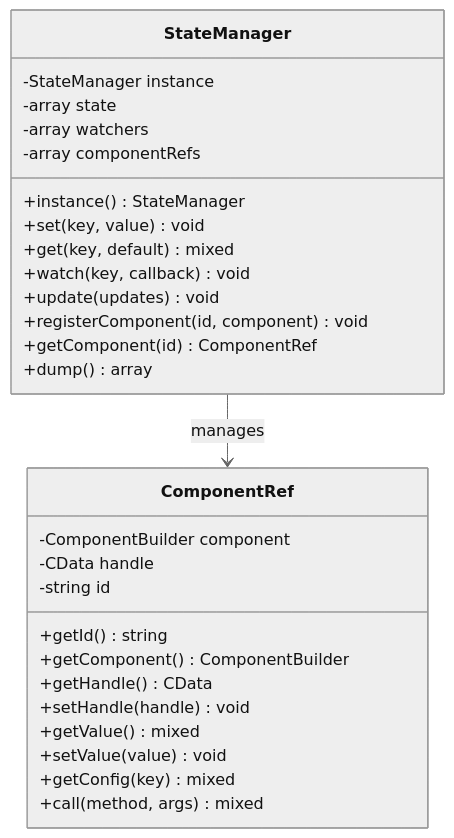
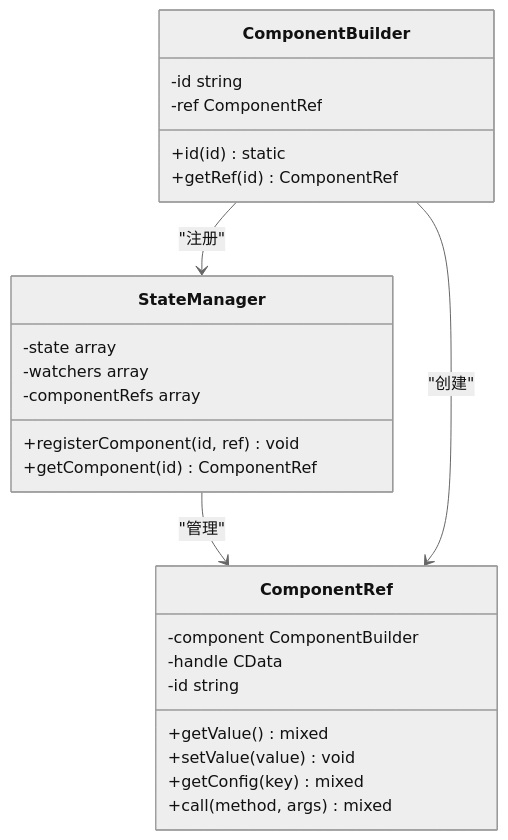
One commit to yangweijie/libuiBuilder changed the fifth of 5 diagrams in .qoder/repowiki/zh/content/核心概念/核心概念.md. Above: the diagram before and after it, drawn with Mermaid (neutral theme). The commit also changed other lines of this file and 126 other files, not shown here.

````diff
--- a/.qoder/repowiki/zh/content/核心概念/核心概念.md
+++ b/.qoder/repowiki/zh/content/核心概念/核心概念.md
@@ -331,31 +184,28 @@
 ```mermaid
 classDiagram
 class StateManager {
--StateManager instance
--array state
--array watchers
--array componentRefs
-+instance() StateManager
-+set(key, value) void
-+get(key, default) mixed
-+watch(key, callback) void
-+update(updates) void
-+registerComponent(id, component) void
++registerComponent(id, ref) void
 +getComponent(id) ComponentRef
-+dump() array
+-state array
+-watchers array
+-componentRefs array
 }
 class ComponentRef {
--ComponentBuilder component
--CData handle
--string id
-+getId() string
-+getComponent() ComponentBuilder
-+getHandle() CData
-+setHandle(handle) void
 +getValue() mixed
 +setValue(value) void
 +getConfig(key) mixed
 +call(method, args) mixed
+-component ComponentBuilder
+-handle CData
+-id string
 }
-StateManager --> ComponentRef : manages
+class ComponentBuilder {
++id(id) static
++getRef(id) ComponentRef
+-id string
+-ref ComponentRef
+}
+StateManager --> ComponentRef : "管理"
+ComponentBuilder --> ComponentRef : "创建"
+ComponentBuilder --> StateManager : "注册"
 ```
````
